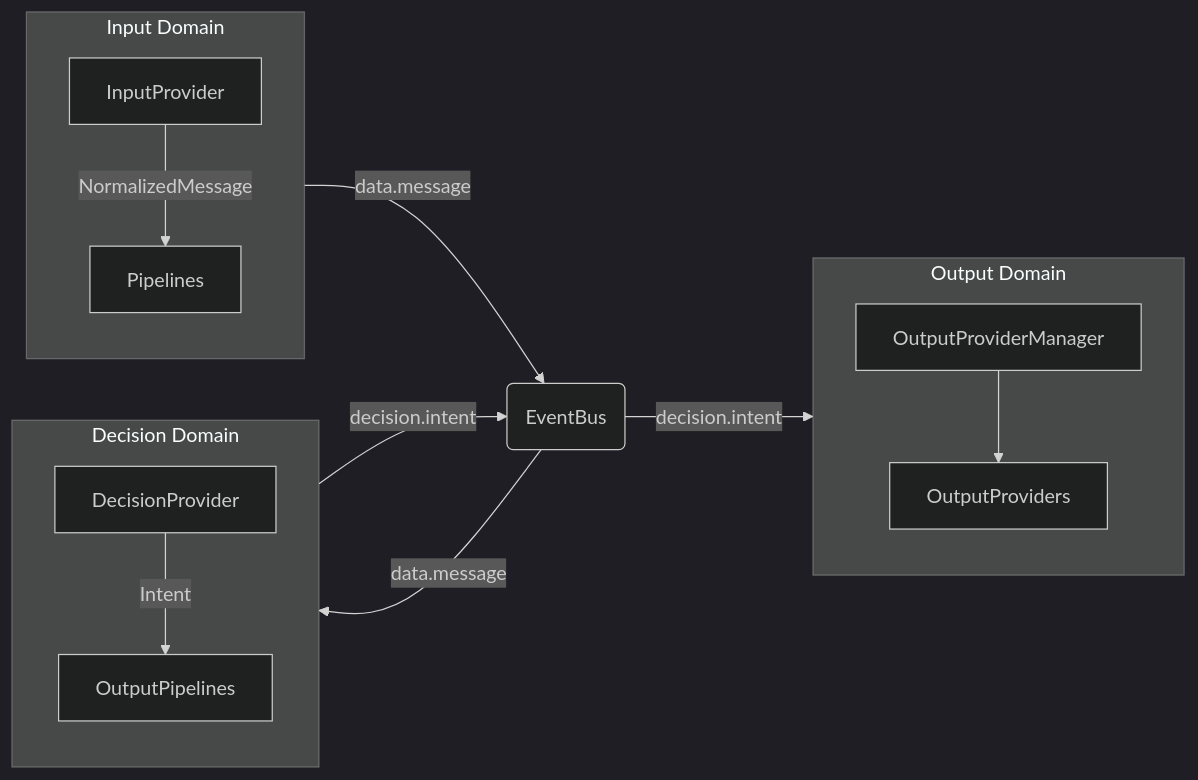
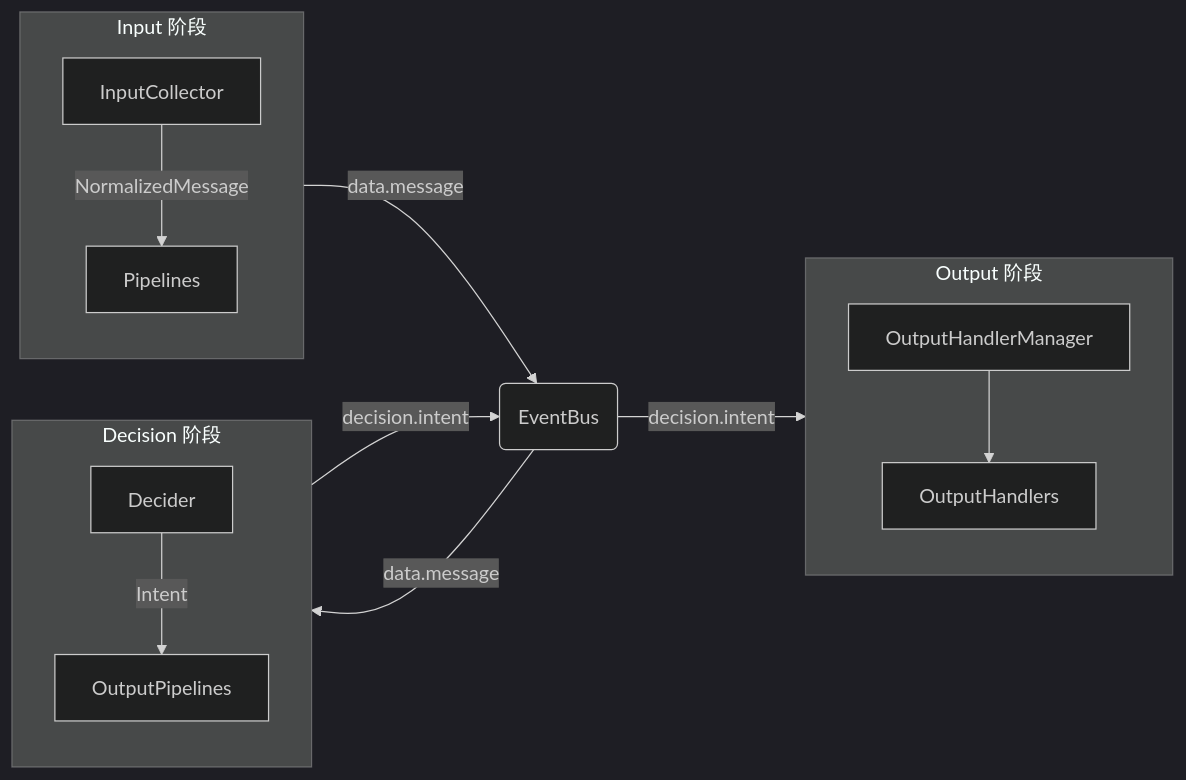
One commit to Mai-with-u/Amaidesu changed the diagram in README.md. Above: the diagram before and after it, drawn with Mermaid (dark theme). The commit also changed other lines of this file and 169 other files, not shown here.

First line of the commit message:
重构: 移除 Provider 抽象层，改名为 Collector/Decider/Handler

````diff
--- a/README.md
+++ b/README.md
@@ -50,21 +50,21 @@
 ```mermaid
 flowchart LR
-    subgraph Input["Input Domain"]
-        IP[InputProvider] --> |NormalizedMessage| PIP[Pipelines]
+    subgraph Input["Input 阶段"]
+        IP[InputCollector] --> |NormalizedMessage| PIP[Pipelines]
     end
 
     EB(EventBus)
 
-    subgraph Decision["Decision Domain"]
-        DP[DecisionProvider] --> |Intent| OPIP[OutputPipelines]
+    subgraph Decision["Decision 阶段"]
+        DP[Decider] --> |Intent| OPIP[OutputPipelines]
     end
 
-    subgraph Output["Output Domain"]
-        OPM[OutputProviderManager] --> OP[OutputProviders]
+    subgraph Output["Output 阶段"]
+        OPM[OutputHandlerManager] --> OP[OutputHandlers]
     end
 
     Input --> |data.message| EB
     EB --> |data.message| Decision
     Decision --> |decision.intent| EB
     EB --> |decision.intent| Output
 ```
````
